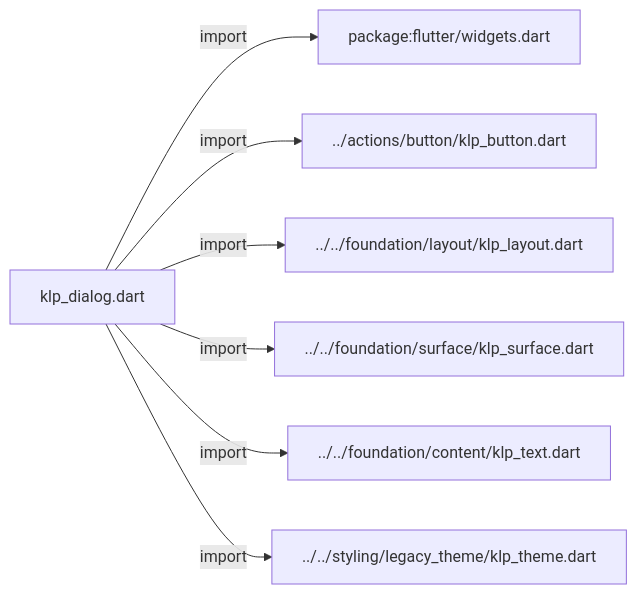
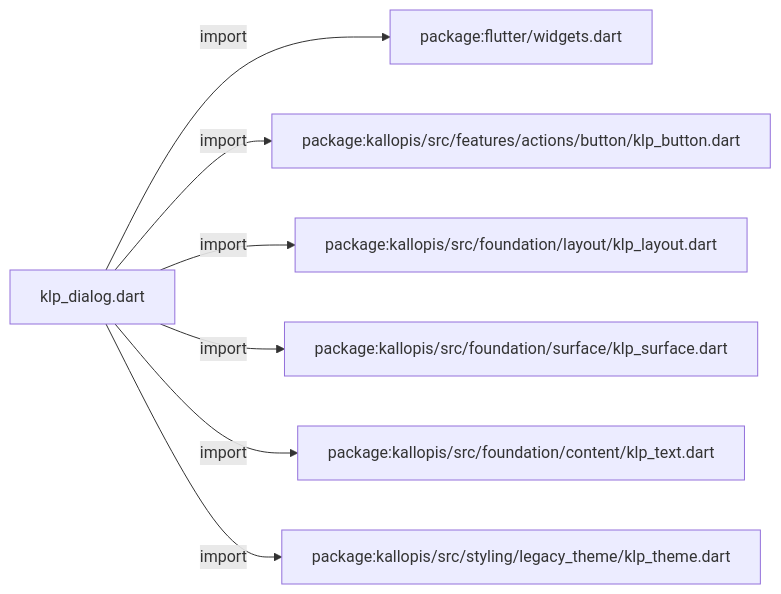
Before and after one commit to MiuDog/Kallopis: the first of 3 diagrams in docs/architecture/src/features/overlays/klp_dialog.md, drawn with Mermaid. The commit also changed other lines of this file and 9688 other files, not shown here.

Commit message:
Prepare isolated Flow F2 peer baseline

````diff
--- a/docs/architecture/src/features/overlays/klp_dialog.md
+++ b/docs/architecture/src/features/overlays/klp_dialog.md
@@ -11,16 +11,16 @@
 ```mermaid
 flowchart LR
 	n0["klp_dialog.dart"]
 	n1["package:flutter/widgets.dart"]
-	n2["../actions/button/klp_button.dart"]
-	n3["../../foundation/layout/klp_layout.dart"]
-	n4["../../foundation/surface/klp_surface.dart"]
-	n5["../../foundation/content/klp_text.dart"]
-	n6["../../styling/legacy_theme/klp_theme.dart"]
+	n2["package:kallopis/src/features/actions/button/klp_button.dart"]
+	n3["package:kallopis/src/foundation/layout/klp_layout.dart"]
+	n4["package:kallopis/src/foundation/surface/klp_surface.dart"]
+	n5["package:kallopis/src/foundation/content/klp_text.dart"]
+	n6["package:kallopis/src/styling/legacy_theme/klp_theme.dart"]
 	n0 -->|"import"| n1
 	n0 -->|"import"| n2
 	n0 -->|"import"| n3
 	n0 -->|"import"| n4
 	n0 -->|"import"| n5
 	n0 -->|"import"| n6
 ```
````
